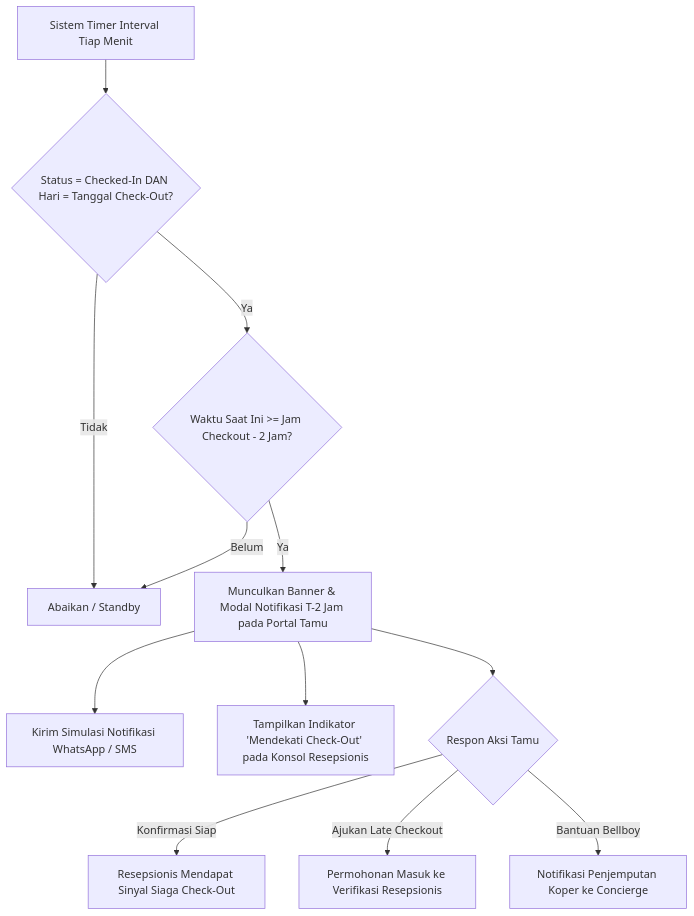
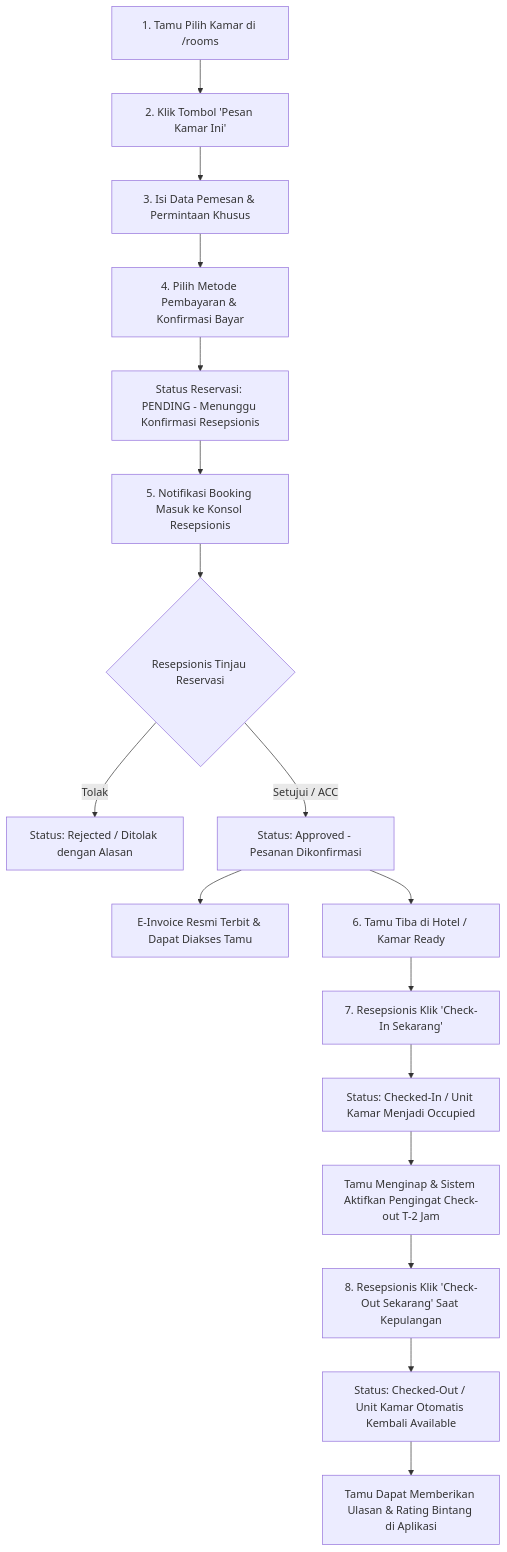
Before and after one commit to raynor19/hotel_project: the second of 2 diagrams in prd.md, drawn with Mermaid. The commit also changed other lines of this file, not shown here.

Commit message:
docs: update PRD to version 2.0 with integrated payment flow, receptionist RBAC, and i18n

````diff
--- a/prd.md
+++ b/prd.md
@@ -87,14 +90,19 @@
 ```mermaid
 flowchart TD
-    A[Sistem Timer Interval Tiap Menit] --> B{Status = Checked-In DAN Hari = Tanggal Check-Out?}
-    B -- Tidak --> C[Abaikan / Standby]
-    B -- Ya --> D{Waktu Saat Ini >= Jam Checkout - 2 Jam?}
-    D -- Belum --> C
-    D -- Ya --> E[Munculkan Banner & Modal Notifikasi T-2 Jam pada Portal Tamu]
-    E --> F[Kirim Simulasi Notifikasi WhatsApp / SMS]
-    E --> G[Tampilkan Indikator 'Mendekati Check-Out' pada Konsol Resepsionis]
-    E --> H{Respon Aksi Tamu}
-    H -->|Konfirmasi Siap| I[Resepsionis Mendapat Sinyal Siaga Check-Out]
-    H -->|Ajukan Late Checkout| J[Permohonan Masuk ke Verifikasi Resepsionis]
-    H -->|Bantuan Bellboy| K[Notifikasi Penjemputan Koper ke Concierge]
+    A[1. Tamu Pilih Kamar di /rooms] --> B[2. Klik Tombol 'Pesan Kamar Ini']
+    B --> C[3. Isi Data Pemesan & Permintaan Khusus]
+    C --> D[4. Pilih Metode Pembayaran & Konfirmasi Bayar]
+    D --> E[Status Reservasi: PENDING - Menunggu Konfirmasi Resepsionis]
+    E --> F[5. Notifikasi Booking Masuk ke Konsol Resepsionis]
+    F --> G{Resepsionis Tinjau Reservasi}
+    G -- Tolak --> H[Status: Rejected / Ditolak dengan Alasan]
+    G -- Setujui / ACC --> I[Status: Approved - Pesanan Dikonfirmasi]
+    I --> J[E-Invoice Resmi Terbit & Dapat Diakses Tamu]
+    I --> K[6. Tamu Tiba di Hotel / Kamar Ready]
+    K --> L[7. Resepsionis Klik 'Check-In Sekarang']
+    L --> M[Status: Checked-In / Unit Kamar Menjadi Occupied]
+    M --> N[Tamu Menginap & Sistem Aktifkan Pengingat Check-out T-2 Jam]
+    N --> O[8. Resepsionis Klik 'Check-Out Sekarang' Saat Kepulangan]
+    O --> P[Status: Checked-Out / Unit Kamar Otomatis Kembali Available]
+    P --> Q[Tamu Dapat Memberikan Ulasan & Rating Bintang di Aplikasi]
 ```
````
